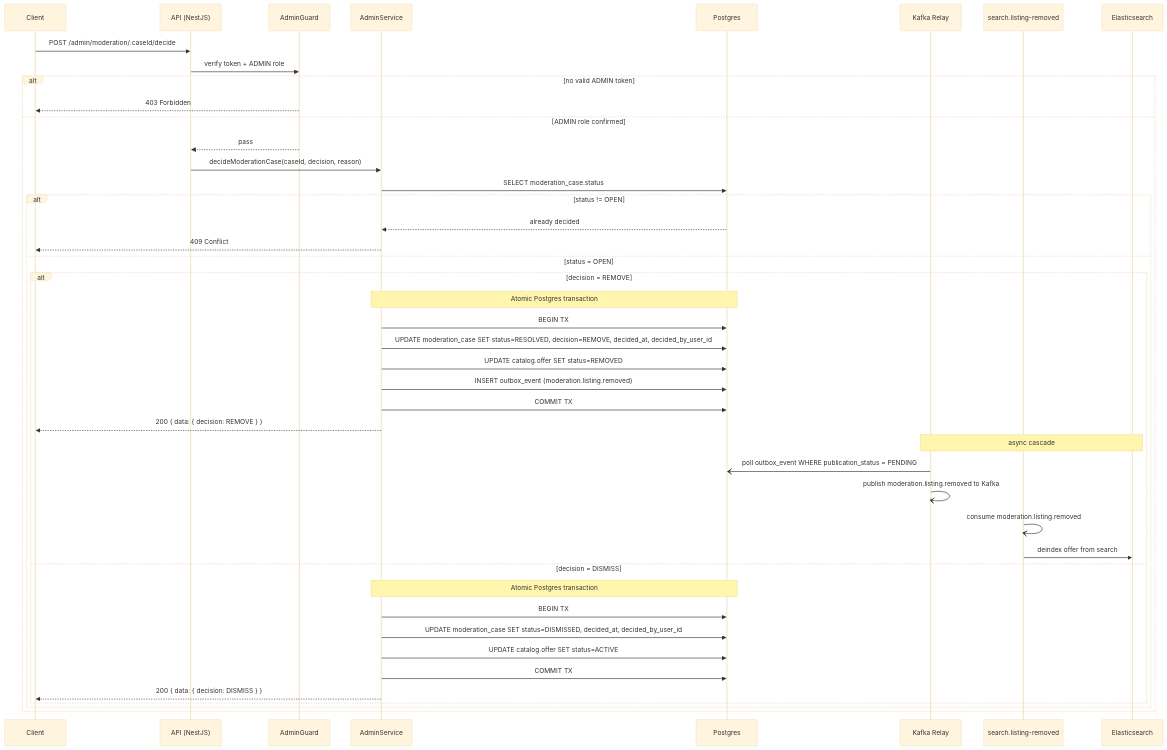
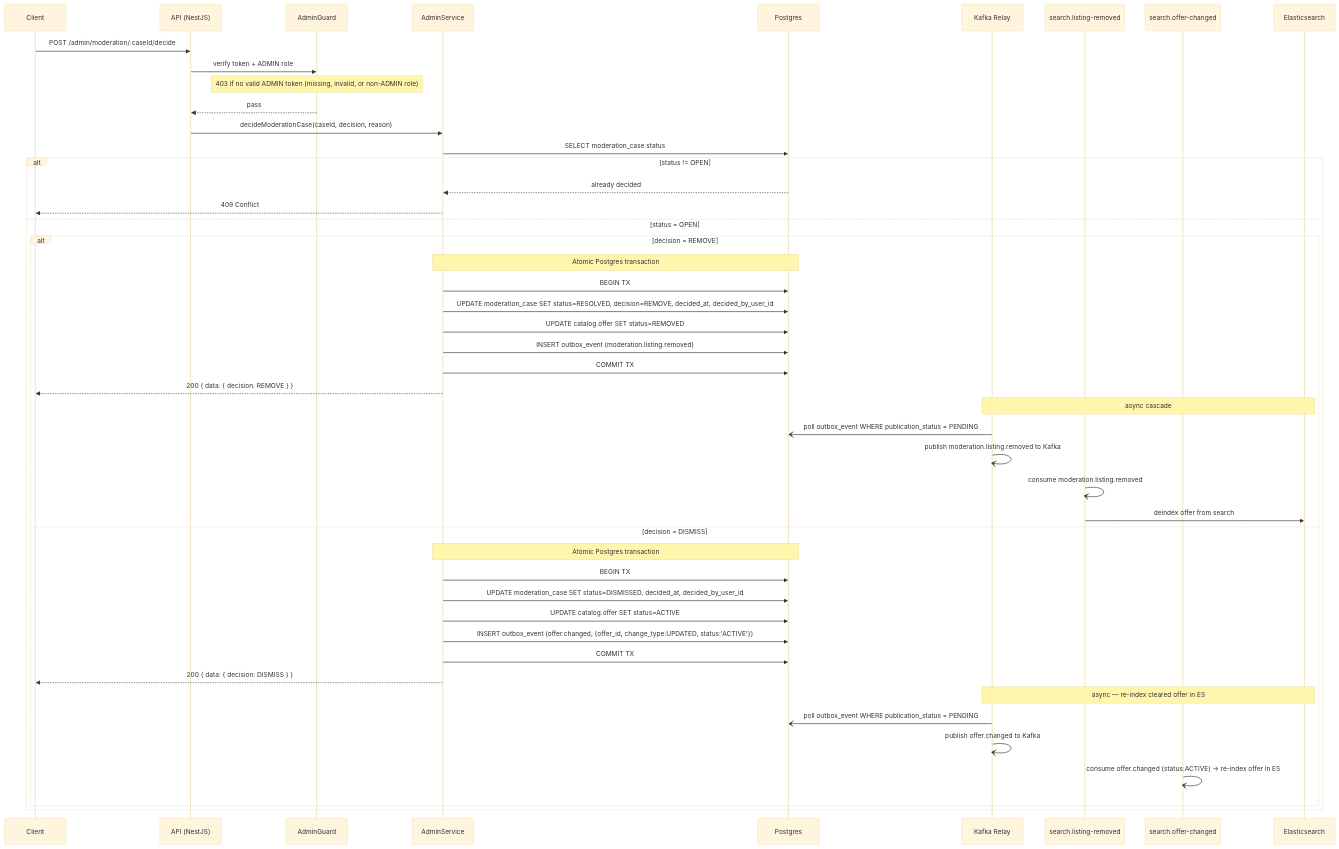
One commit to alisa-uthi/aliceut-ecom-document changed the tenth of 12 diagrams in phase-1/technical-design/api-design/admin.md. Above: the diagram before and after it, drawn with Mermaid (base theme). The commit also changed other lines of this file and 35 other files, not shown here.

````diff
--- a/phase-1/technical-design/api-design/admin.md
+++ b/phase-1/technical-design/api-design/admin.md
@@ -553,47 +546,50 @@
 ```mermaid
 sequenceDiagram
     participant C as Client
     participant API as API (NestJS)
     participant G as AdminGuard
     participant S as AdminService
     participant PG as Postgres
     participant Relay as Kafka Relay
     participant SC as search.listing-removed
+    participant SC2 as search.offer-changed
     participant ES as Elasticsearch
 
     C->>API: POST /admin/moderation/:caseId/decide
     API->>G: verify token + ADMIN role
-    alt no valid ADMIN token
-        G-->>C: 403 Forbidden
-    else ADMIN role confirmed
-        G-->>API: pass
-        API->>S: decideModerationCase(caseId, decision, reason)
-        S->>PG: SELECT moderation_case.status
-        alt status != OPEN
-            PG-->>S: already decided
-            S-->>C: 409 Conflict
-        else status = OPEN
-            alt decision = REMOVE
-                Note over S,PG: Atomic Postgres transaction
-                S->>PG: BEGIN TX
-                S->>PG: UPDATE moderation_case SET status=RESOLVED, decision=REMOVE, decided_at, decided_by_user_id
-                S->>PG: UPDATE catalog.offer SET status=REMOVED
-                S->>PG: INSERT outbox_event (moderation.listing.removed)
-                S->>PG: COMMIT TX
-                S-->>C: 200 { data: { decision: REMOVE } }
-                Note over Relay,ES: async cascade
-                Relay-)PG: poll outbox_event WHERE publication_status = PENDING
-                Relay-)Relay: publish moderation.listing.removed to Kafka
-                SC-)SC: consume moderation.listing.removed
-                SC->>ES: deindex offer from search
-            else decision = DISMISS
-                Note over S,PG: Atomic Postgres transaction
-                S->>PG: BEGIN TX
-                S->>PG: UPDATE moderation_case SET status=DISMISSED, decided_at, decided_by_user_id
-                S->>PG: UPDATE catalog.offer SET status=ACTIVE
-                S->>PG: COMMIT TX
-                S-->>C: 200 { data: { decision: DISMISS } }
-            end
+    Note over G: 403 if no valid ADMIN token (missing, invalid, or non-ADMIN role)
+    G-->>API: pass
+    API->>S: decideModerationCase(caseId, decision, reason)
+    S->>PG: SELECT moderation_case.status
+    alt status != OPEN
+        PG-->>S: already decided
+        S-->>C: 409 Conflict
+    else status = OPEN
+        alt decision = REMOVE
+            Note over S,PG: Atomic Postgres transaction
+            S->>PG: BEGIN TX
+            S->>PG: UPDATE moderation_case SET status=RESOLVED, decision=REMOVE, decided_at, decided_by_user_id
+            S->>PG: UPDATE catalog.offer SET status=REMOVED
+            S->>PG: INSERT outbox_event (moderation.listing.removed)
+            S->>PG: COMMIT TX
+            S-->>C: 200 { data: { decision: REMOVE } }
+            Note over Relay,ES: async cascade
+            Relay-)PG: poll outbox_event WHERE publication_status = PENDING
+            Relay-)Relay: publish moderation.listing.removed to Kafka
+            SC-)SC: consume moderation.listing.removed
+            SC->>ES: deindex offer from search
+        else decision = DISMISS
+            Note over S,PG: Atomic Postgres transaction
+            S->>PG: BEGIN TX
+            S->>PG: UPDATE moderation_case SET status=DISMISSED, decided_at, decided_by_user_id
+            S->>PG: UPDATE catalog.offer SET status=ACTIVE
+            S->>PG: INSERT outbox_event (offer.changed, {offer_id, change_type:UPDATED, status:'ACTIVE'})
+            S->>PG: COMMIT TX
+            S-->>C: 200 { data: { decision: DISMISS } }
+            Note over Relay,ES: async — re-index cleared offer in ES
+            Relay-)PG: poll outbox_event WHERE publication_status = PENDING
+            Relay-)Relay: publish offer.changed to Kafka
+            SC2-)SC2: consume offer.changed (status:ACTIVE) → re-index offer in ES
         end
     end
 ```
````
